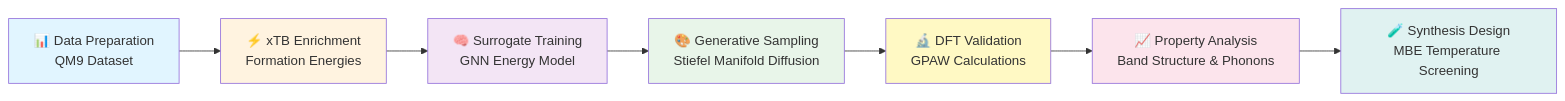
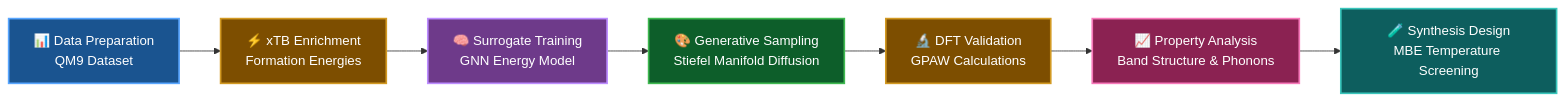
The first of 5 diagrams in README.md (Koussaisalem/algo), drawn with Mermaid before and after one commit. The commit also changed other lines of this file, not shown here.

First line of the commit message:
style: optimize Mermaid diagrams for GitHub dark mode

````diff
--- a/README.md
+++ b/README.md
@@ -47,17 +47,17 @@
 ```mermaid
 graph LR
     A[📊 Data Preparation<br/>QM9 Dataset] --> B[⚡ xTB Enrichment<br/>Formation Energies]
     B --> C[🧠 Surrogate Training<br/>GNN Energy Model]
     C --> D[🎨 Generative Sampling<br/>Stiefel Manifold Diffusion]
     D --> E[🔬 DFT Validation<br/>GPAW Calculations]
     E --> F[📈 Property Analysis<br/>Band Structure & Phonons]
     F --> G[🧪 Synthesis Design<br/>MBE Temperature Screening]
     
-    style A fill:#e1f5ff
-    style B fill:#fff3e0
-    style C fill:#f3e5f5
-    style D fill:#e8f5e9
-    style E fill:#fff9c4
-    style F fill:#fce4ec
-    style G fill:#e0f2f1
+    style A fill:#1a5490,stroke:#58a6ff,stroke-width:2px,color:#fff
+    style B fill:#7d4e00,stroke:#d29922,stroke-width:2px,color:#fff
+    style C fill:#6e3a8a,stroke:#bc8cff,stroke-width:2px,color:#fff
+    style D fill:#0d5e2a,stroke:#3fb950,stroke-width:2px,color:#fff
+    style E fill:#7d4e00,stroke:#d29922,stroke-width:2px,color:#fff
+    style F fill:#8b2252,stroke:#f778ba,stroke-width:2px,color:#fff
+    style G fill:#0d5e5e,stroke:#39c5bb,stroke-width:2px,color:#fff
 ```
````
